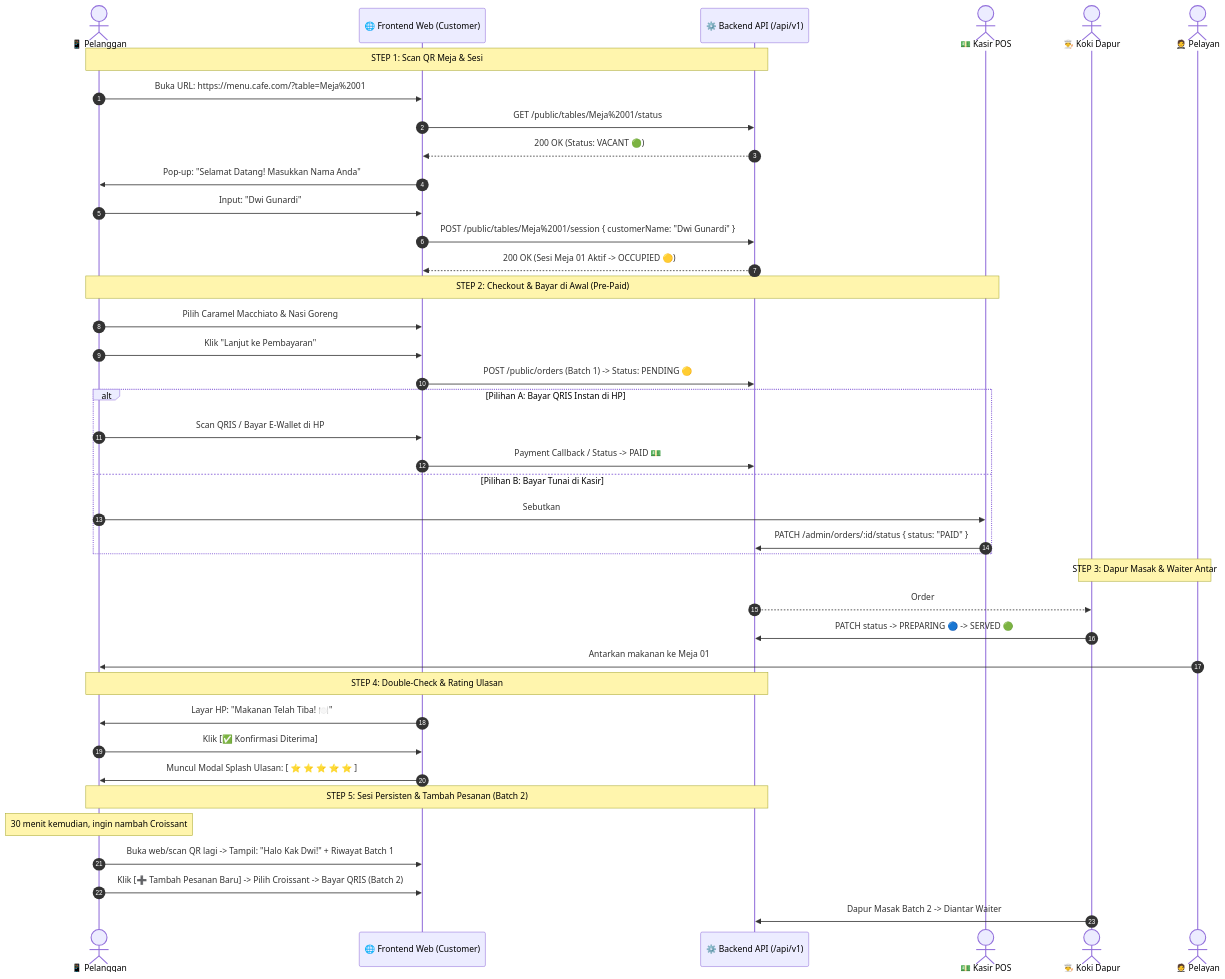
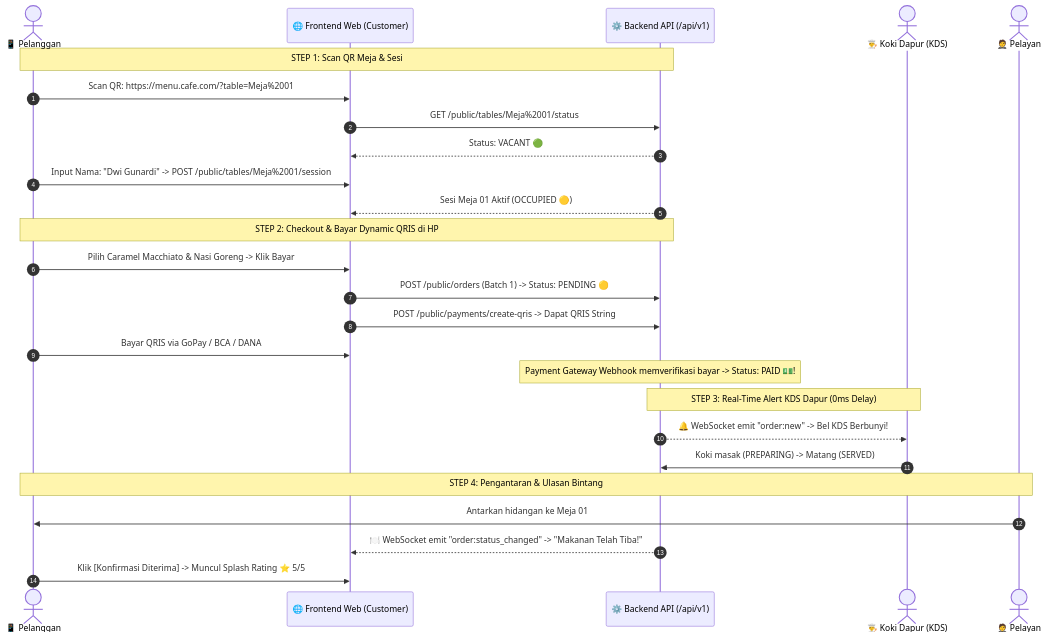
Before and after one commit to dwigunardi/be-menu-scan-latihan: the second of 4 diagrams in docs/integration/frontend-integration-guide.md, drawn with Mermaid. The commit also changed other lines of this file and 2 other files, not shown here.

Commit message:
docs: update roadmap and frontend integration guide for real-time websockets, redis, and qris payments

````diff
--- a/docs/integration/frontend-integration-guide.md
+++ b/docs/integration/frontend-integration-guide.md
@@ -85,47 +339,32 @@
 ```mermaid
 sequenceDiagram
     autonumber
     actor Customer as 📱 Pelanggan
     participant FE as 🌐 Frontend Web (Customer)
     participant BE as ⚙️ Backend API (/api/v1)
-    actor Cashier as 💵 Kasir POS
-    actor Kitchen as 👨‍🍳 Koki Dapur
+    actor Kitchen as 👨‍🍳 Koki Dapur (KDS)
     actor Waiter as 🤵 Pelayan
 
     Note over Customer,BE: STEP 1: Scan QR Meja & Sesi
-    Customer->>FE: Buka URL: https://menu.cafe.com/?table=Meja%2001
+    Customer->>FE: Scan QR: https://menu.cafe.com/?table=Meja%2001
     FE->>BE: GET /public/tables/Meja%2001/status
-    BE-->>FE: 200 OK (Status: VACANT 🟢)
-    FE->>Customer: Pop-up: "Selamat Datang! Masukkan Nama Anda"
-    Customer->>FE: Input: "Dwi Gunardi"
-    FE->>BE: POST /public/tables/Meja%2001/session { customerName: "Dwi Gunardi" }
-    BE-->>FE: 200 OK (Sesi Meja 01 Aktif -> OCCUPIED 🟡)
+    BE-->>FE: Status: VACANT 🟢
+    Customer->>FE: Input Nama: "Dwi Gunardi" -> POST /public/tables/Meja%2001/session
+    BE-->>FE: Sesi Meja 01 Aktif (OCCUPIED 🟡)
 
-    Note over Customer,Cashier: STEP 2: Checkout & Bayar di Awal (Pre-Paid)
-    Customer->>FE: Pilih Caramel Macchiato & Nasi Goreng
-    Customer->>FE: Klik "Lanjut ke Pembayaran"
+    Note over Customer,BE: STEP 2: Checkout & Bayar Dynamic QRIS di HP
+    Customer->>FE: Pilih Caramel Macchiato & Nasi Goreng -> Klik Bayar
     FE->>BE: POST /public/orders (Batch 1) -> Status: PENDING 🟡
-    alt Pilihan A: Bayar QRIS Instan di HP
-        Customer->>FE: Scan QRIS / Bayar E-Wallet di HP
-        FE->>BE: Payment Callback / Status -> PAID 💵
-    else Pilihan B: Bayar Tunai di Kasir
-        Customer->>Cashier: Sebutkan #ORD-001 di Kasir & Bayar Cash
-        Cashier->>BE: PATCH /admin/orders/:id/status { status: "PAID" }
-    end
+    FE->>BE: POST /public/payments/create-qris -> Dapat QRIS String
+    Customer->>FE: Bayar QRIS via GoPay / BCA / DANA
+    Note over BE: Payment Gateway Webhook memverifikasi bayar -> Status: PAID 💵!
 
-    Note over Kitchen,Waiter: STEP 3: Dapur Masak & Waiter Antar
-    BE-->>Kitchen: Order #ORD-001 (PAID) Muncul di KDS Dapur!
-    Kitchen->>BE: PATCH status -> PREPARING 🔵 -> SERVED 🟢
-    Waiter->>Customer: Antarkan makanan ke Meja 01
+    Note over BE,Kitchen: STEP 3: Real-Time Alert KDS Dapur (0ms Delay)
+    BE-->>Kitchen: 🔔 WebSocket emit "order:new" -> Bel KDS Berbunyi!
+    Kitchen->>BE: Koki masak (PREPARING) -> Matang (SERVED)
 
-    Note over Customer,BE: STEP 4: Double-Check & Rating Ulasan
-    FE->>Customer: Layar HP: "Makanan Telah Tiba! 🍽️"
-    Customer->>FE: Klik [✅ Konfirmasi Diterima]
-    FE->>Customer: Muncul Modal Splash Ulasan: [ ⭐ ⭐ ⭐ ⭐ ⭐ ]
-
-    Note over Customer,BE: STEP 5: Sesi Persisten & Tambah Pesanan (Batch 2)
-    Note over Customer: 30 menit kemudian, ingin nambah Croissant
-    Customer->>FE: Buka web/scan QR lagi -> Tampil: "Halo Kak Dwi!" + Riwayat Batch 1
-    Customer->>FE: Klik [➕ Tambah Pesanan Baru] -> Pilih Croissant -> Bayar QRIS (Batch 2)
-    Kitchen->>BE: Dapur Masak Batch 2 -> Diantar Waiter
+    Note over Waiter,Customer: STEP 4: Pengantaran & Ulasan Bintang
+    Waiter->>Customer: Antarkan hidangan ke Meja 01
+    BE-->>FE: 🍽️ WebSocket emit "order:status_changed" -> "Makanan Telah Tiba!"
+    Customer->>FE: Klik [Konfirmasi Diterima] -> Muncul Splash Rating ⭐ 5/5
 ```
````
